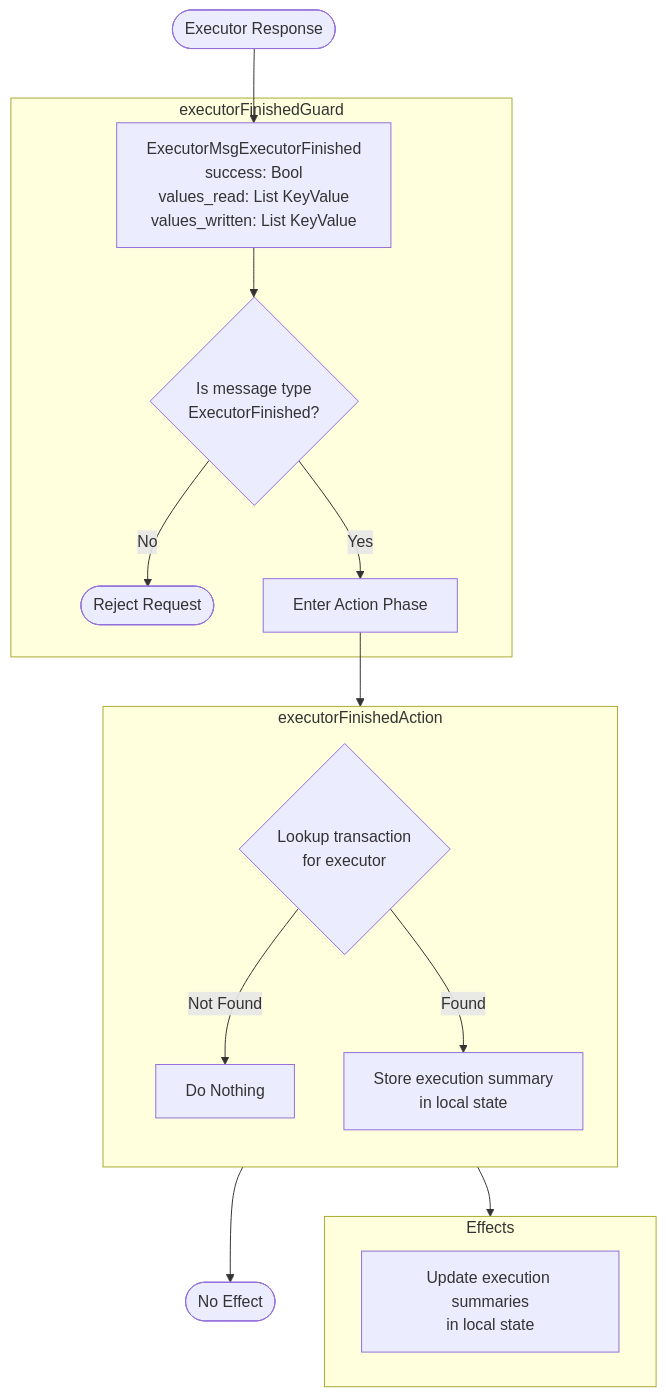
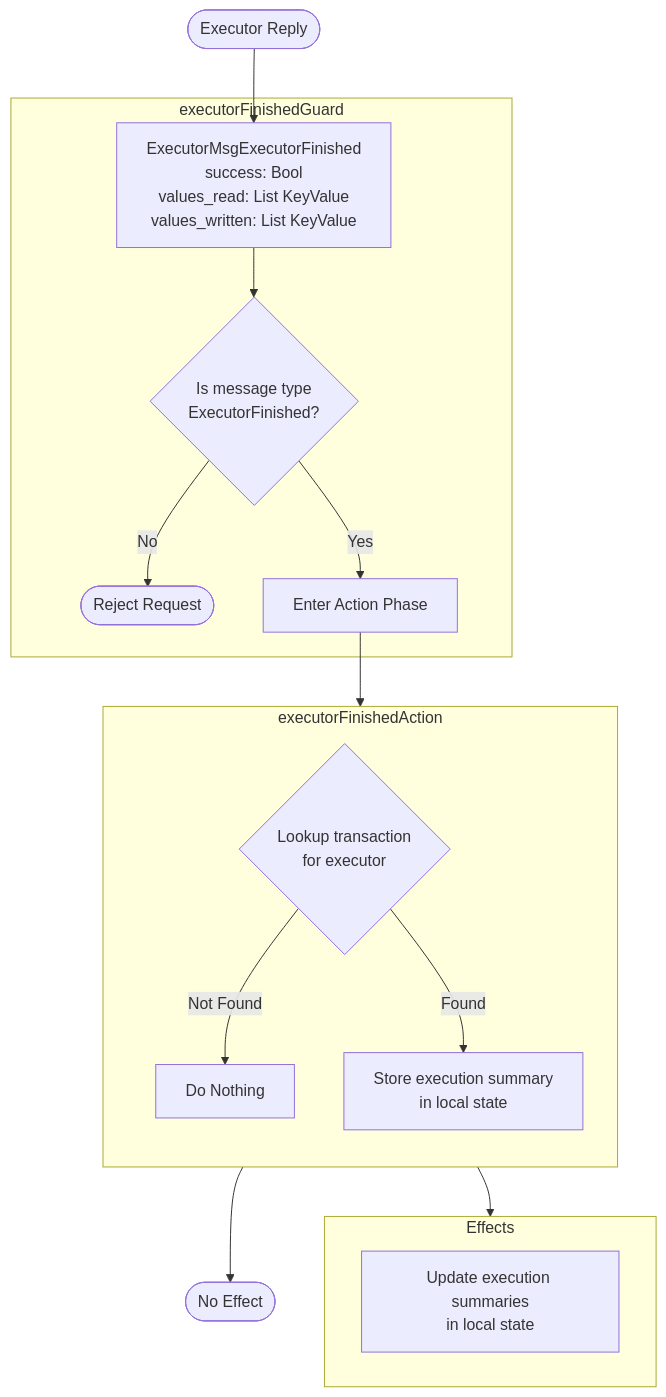
Before and after one commit to anoma/nspec: the second of 2 diagrams in docs/arch/node/engines/mempool_worker_behaviour.juvix.md, drawn with Mermaid. The commit also changed other lines of this file and 37 other files, not shown here.

Commit message:
Renamed all instances of "Response" to "Reply" in message interfaces for consistency across commitment, decryption, identity management, and other engines.

````diff
--- a/docs/arch/node/engines/mempool_worker_behaviour.juvix.md
+++ b/docs/arch/node/engines/mempool_worker_behaviour.juvix.md
@@ -222,26 +222,26 @@
 ```mermaid
 flowchart TD
-    Start([Executor Response]) --> MsgReq[ExecutorMsgExecutorFinished<br/>success: Bool<br/>values_read: List KeyValue<br/>values_written: List KeyValue]
+    Start([Executor Reply]) --> MsgReq[ExecutorMsgExecutorFinished<br/>success: Bool<br/>values_read: List KeyValue<br/>values_written: List KeyValue]
 
     subgraph Guard["executorFinishedGuard"]
         MsgReq --> ValidType{Is message type<br/>ExecutorFinished?}
         ValidType -->|No| Reject([Reject Request])
         ValidType -->|Yes| ActionEntry[Enter Action Phase]
     end
 
     ActionEntry --> Action
 
     subgraph Action["executorFinishedAction"]
         direction TB
         FindTx{Lookup transaction<br/>for executor}
         FindTx -->|Not Found| NoAction[Do Nothing]
         FindTx -->|Found| Store[Store execution summary<br/>in local state]
     end
 
     Store --> Effects
     NoAction --> NoEffect([No Effect])
 
     subgraph Effects[Effects]
         State[Update execution summaries<br/>in local state]
     end
 ```
````
